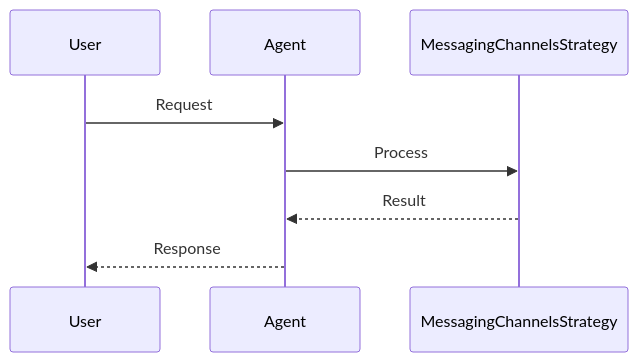
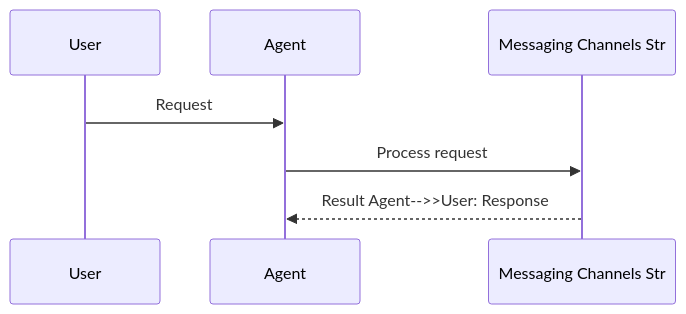
The second of 2 diagrams in docs/features/messaging-channels-strategy.mdx (MervinPraison/PraisonAIDocs), drawn with Mermaid before and after one commit. The commit also changed 204 other files, not shown here.

First line of the commit message:
docs: align feature/tool pages with AGENTS.md hero + sequence + import standards (fixes #1775)

````diff
--- a/docs/features/messaging-channels-strategy.mdx
+++ b/docs/features/messaging-channels-strategy.mdx
@@ -39,11 +39,10 @@
 ```mermaid
 sequenceDiagram
     participant User
     participant Agent
-    participant MessagingChannelsStrategy
+    participant Feature as Messaging Channels Str
 
     User->>Agent: Request
-    Agent->>MessagingChannelsStrategy: Process
-    MessagingChannelsStrategy-->>Agent: Result
-    Agent-->>User: Response
+    Agent->>Feature: Process request
+    Feature-->>Agent: Result    Agent-->>User: Response
 ```
````
